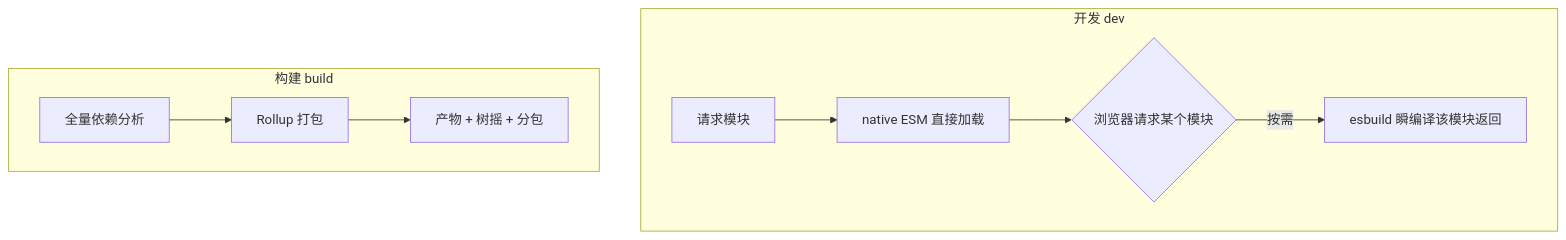
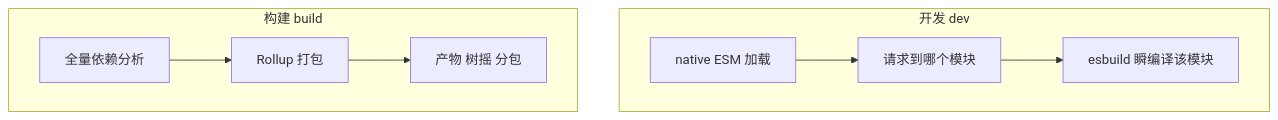
Before and after one commit to inspire-man/frontend-knowledge-base: the diagram in frontend-knowledge-base/卷五-构建与工程化/5.4-Vite与esbuild.md, drawn with Mermaid. The commit also changed other lines of this file and 4 other files, not shown here.

````diff
--- a/frontend-knowledge-base/卷五-构建与工程化/5.4-Vite与esbuild.md
+++ b/frontend-knowledge-base/卷五-构建与工程化/5.4-Vite与esbuild.md
@@ -16,12 +16,11 @@
 ```mermaid
 flowchart TB
     subgraph 开发 dev
-    A[请求模块] --> B[native ESM 直接加载]
-    B --> C{浏览器请求某个模块}
-    C -->|按需| D[esbuild 瞬编译该模块返回]
+    A[native ESM 加载] --> B[请求到哪个模块]
+    B --> C[esbuild 瞬编译该模块]
     end
     subgraph 构建 build
-    E[全量依赖分析] --> F[Rollup 打包]
-    F --> G[产物 + 树摇 + 分包]
+    D[全量依赖分析] --> E[Rollup 打包]
+    E --> F[产物 树摇 分包]
     end
 ```
````
